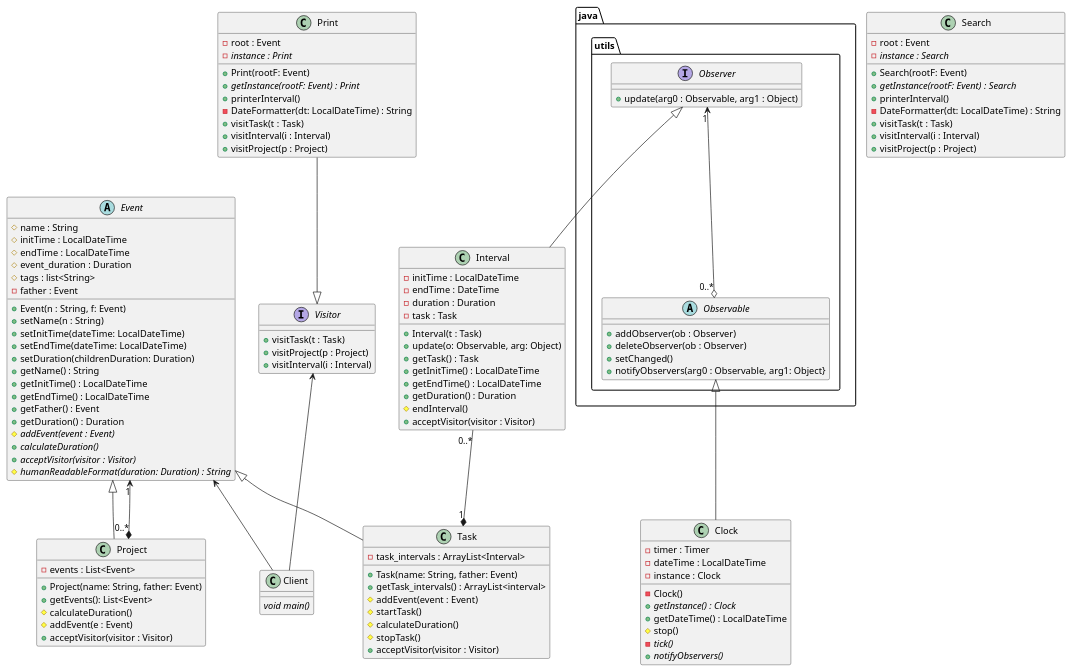
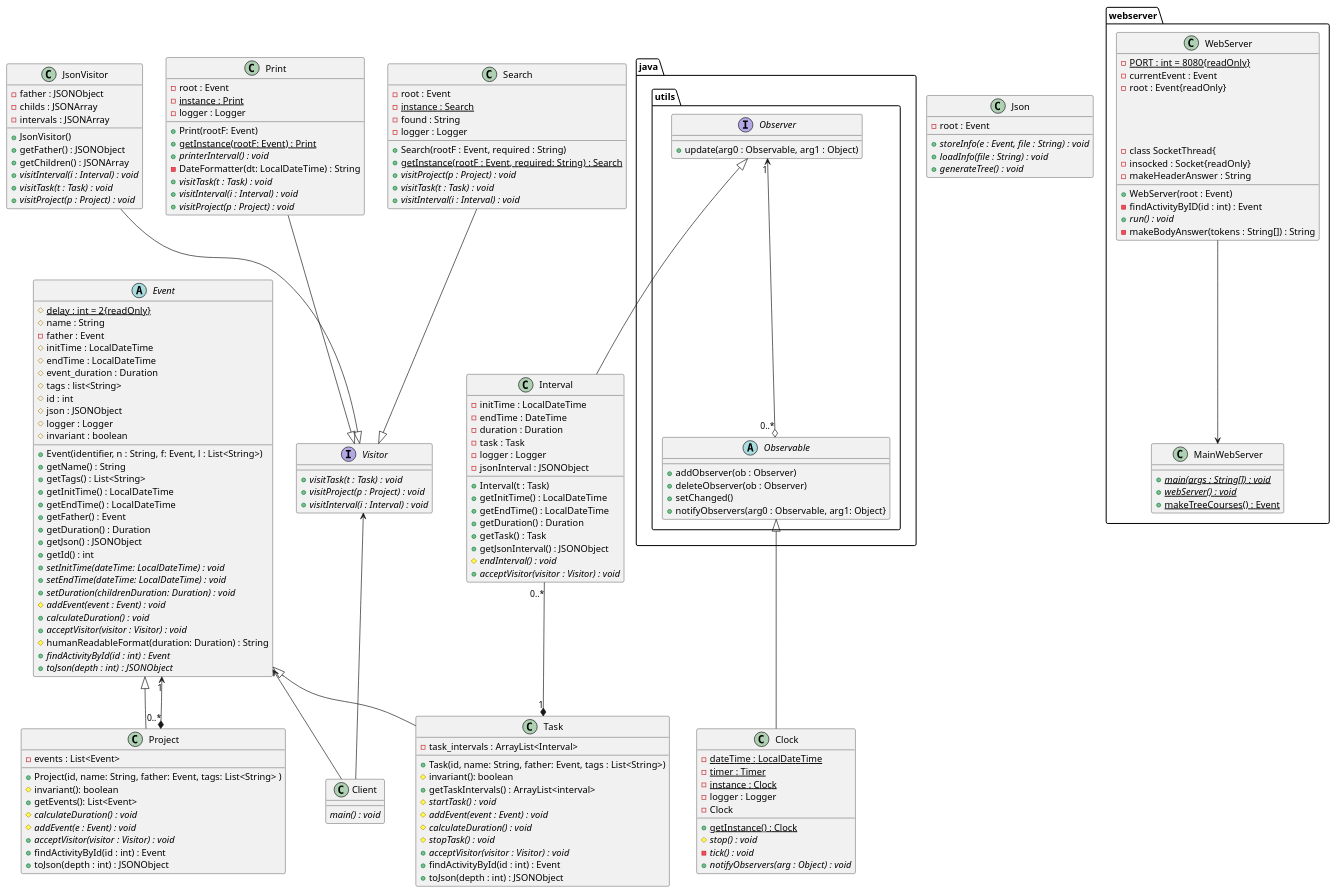
The diagram in Class_diag.puml (guillem-martinez/DS-Projecte), drawn with PlantUML before and after one commit. The commit also changed 27 other files, not shown here.

```diff
--- a/Class_diag.puml
+++ b/Class_diag.puml
@@ -4,57 +4,72 @@
 
 class Project{
 - events : List<Event>
-+ Project(name: String, father: Event)
++ Project(id, name: String, father: Event, tags: List<String> )
+# invariant(): boolean
 + getEvents(): List<Event>
-# calculateDuration()
-# addEvent(e : Event)
-+ acceptVisitor(visitor : Visitor)
+# //calculateDuration() : void//
+# //addEvent(e : Event) : void//
++ //acceptVisitor(visitor : Visitor) : void//
++ findActivityById(id : int) : Event
++ toJson(depth : int) : JSONObject
 }
 
 class Task{
 - task_intervals : ArrayList<Interval>
-+ Task(name: String, father: Event)
-+ getTask_intervals() : ArrayList<interval>
-# addEvent(event : Event)
-# startTask()
-# calculateDuration()
-# stopTask()
-+ acceptVisitor(visitor : Visitor)
++ Task(id, name: String, father: Event, tags : List<String>)
+# invariant(): boolean
++ getTaskIntervals() : ArrayList<interval>
+# //startTask() : void//
+# //addEvent(event : Event) : void//
+# //calculateDuration() : void//
+# //stopTask() : void//
++ //acceptVisitor(visitor : Visitor) : void//
++ findActivityById(id : int) : Event
++ toJson(depth : int) : JSONObject
 }
 
 abstract Event{
+# {static} delay : int = 2{readOnly}
 # name : String
+- father : Event
 # initTime : LocalDateTime
 # endTime : LocalDateTime
 # event_duration : Duration
 # tags : list<String>
-- father : Event
-+ Event(n : String, f: Event)
-+ setName(n : String)
-+ setInitTime(dateTime: LocalDateTime)
-+ setEndTime(dateTime: LocalDateTime)
-+ setDuration(childrenDuration: Duration)
+# id : int
+# json : JSONObject
+# logger : Logger
++ Event(identifier, n : String, f: Event, l : List<String>)
 + getName() : String
++ getTags() : List<String>
 + getInitTime() : LocalDateTime
 + getEndTime() : LocalDateTime
 + getFather() : Event
 + getDuration() : Duration
-# //addEvent(event : Event)//
-+ //calculateDuration()//
-+ //acceptVisitor(visitor : Visitor)//
-# //humanReadableFormat(duration: Duration) : String//
++ getJson() : JSONObject
++ getId() : int
++ //setInitTime(dateTime: LocalDateTime) : void//
++ //setEndTime(dateTime: LocalDateTime) : void//
++ //setDuration(childrenDuration: Duration) : void//
+# //addEvent(event : Event) : void//
++ //calculateDuration() : void//
++ //acceptVisitor(visitor : Visitor) : void//
+# invariant : boolean
+# humanReadableFormat(duration: Duration) : String
++ //findActivityById(id : int) : Event//
++ //toJson(depth : int) : JSONObject//
 }
 
 class Clock{
-- timer : Timer
-- dateTime : LocalDateTime
-- instance : Clock
-- Clock()
-+ //getInstance() : Clock//
-+ getDateTime() : LocalDateTime
-# stop()
-- //tick()//
-+ //notifyObservers()//
+- {static} dateTime : LocalDateTime
+- {static} timer : Timer
+- {static} instance : Clock
+- logger : Logger
++ {static} getInstance() : Clock
+- Clock
+# //stop() : void//
+- //tick() : void//
++ //notifyObservers(arg : Object) : void//
 }
 
 class Interval{
@@ -62,32 +77,35 @@
 - endTime : DateTime
 - duration : Duration /'cada golpe de reloj incremento'/
 - task : Task
+- logger : Logger
+- jsonInterval : JSONObject
 + Interval(t : Task)
-+ update(o: Observable, arg: Object)
-+ getTask() : Task
 + getInitTime() : LocalDateTime
 + getEndTime() : LocalDateTime
 + getDuration() : Duration
-# endInterval()
-+ acceptVisitor(visitor : Visitor)
++ getTask() : Task
++ getJsonInterval() : JSONObject
+# //endInterval() : void//
++ //acceptVisitor(visitor : Visitor) : void//
 }
 
 interface Visitor{
-+ visitTask(t : Task)
-+ visitProject(p : Project)
-+ visitInterval(i : Interval)
++ //visitTask(t : Task) : void//
++ //visitProject(p : Project) : void//
++ //visitInterval(i : Interval) : void//
 }
 
 class Print{
 - root : Event
-- //instance : Print//
+- {static}instance : Print
+- logger : Logger
 + Print(rootF: Event)
-+ //getInstance(rootF: Event) : Print//
-+ printerInterval()
++ {static}getInstance(rootF: Event) : Print
++ //printerInterval() : void//
 - DateFormatter(dt: LocalDateTime) : String
-+ visitTask(t : Task)
-+ visitInterval(i : Interval)
-+ visitProject(p : Project)
++ //visitTask(t : Task) : void//
++ //visitInterval(i : Interval) : void//
++ //visitProject(p : Project) : void//
 }
 
 package "java.utils"{
@@ -105,7 +123,68 @@
 
 
 class Client{
-//void main()//
+//main() : void//
+}
+
+
+class Search{
+- root : Event
+- {static} instance : Search
+- found : String
+- logger : Logger
++ Search(rootF : Event, required : String)
++ {static} getInstance(rootF : Event, required: String) : Search
++ //visitProject(p : Project) : void//
++ //visitTask(t : Task) : void//
++ //visitInterval(i : Interval) : void//
+}
+
+class Json{
+- root : Event
++ //storeInfo(e : Event, file : String) : void//
++ //loadInfo(file : String) : void//
++ //generateTree() : void//
+}
+
+
+class JsonVisitor{
+- father : JSONObject
+- childs : JSONArray
+- intervals : JSONArray
++ JsonVisitor()
++ getFather() : JSONObject
++ getChildren() : JSONArray
++ //visitInterval(i : Interval) : void//
++ //visitTask(t : Task) : void//
++ //visitProject(p : Project) : void//
+}
+
+package "webserver"{
+class WebServer{
+- {static} PORT : int = 8080{readOnly}
+- currentEvent : Event
+- root : Event{readOnly}
++ WebServer(root : Event)
+- findActivityByID(id : int) : Event
+
+
+
+
+- class SocketThread{
+- insocked : Socket{readOnly}
++ //run() : void//
+- makeBodyAnswer(tokens : String[]) : String
+- makeHeaderAnswer : String
+}
+
+
+
+class MainWebServer{
++ //{static} main(args : String[]) : void//
++ //{static} webServer() : void//
++ {static} makeTreeCourses() : Event
+}
+
 }
 
 Event <|-- Task
@@ -118,19 +197,8 @@
 Event <-- Client
 Visitor <-- Client
 Print --|> Visitor
-
-class Search{
-- root : Event
-- //instance : Search//
-+ Search(rootF: Event)
-+ //getInstance(rootF: Event) : Search//
-+ printerInterval()
-- DateFormatter(dt: LocalDateTime) : String
-+ visitTask(t : Task)
-+ visitInterval(i : Interval)
-+ visitProject(p : Project)
-}
-
-
+Search --|> Visitor
+JsonVisitor --|> Visitor
+WebServer --> MainWebServer
 
 @enduml
```
